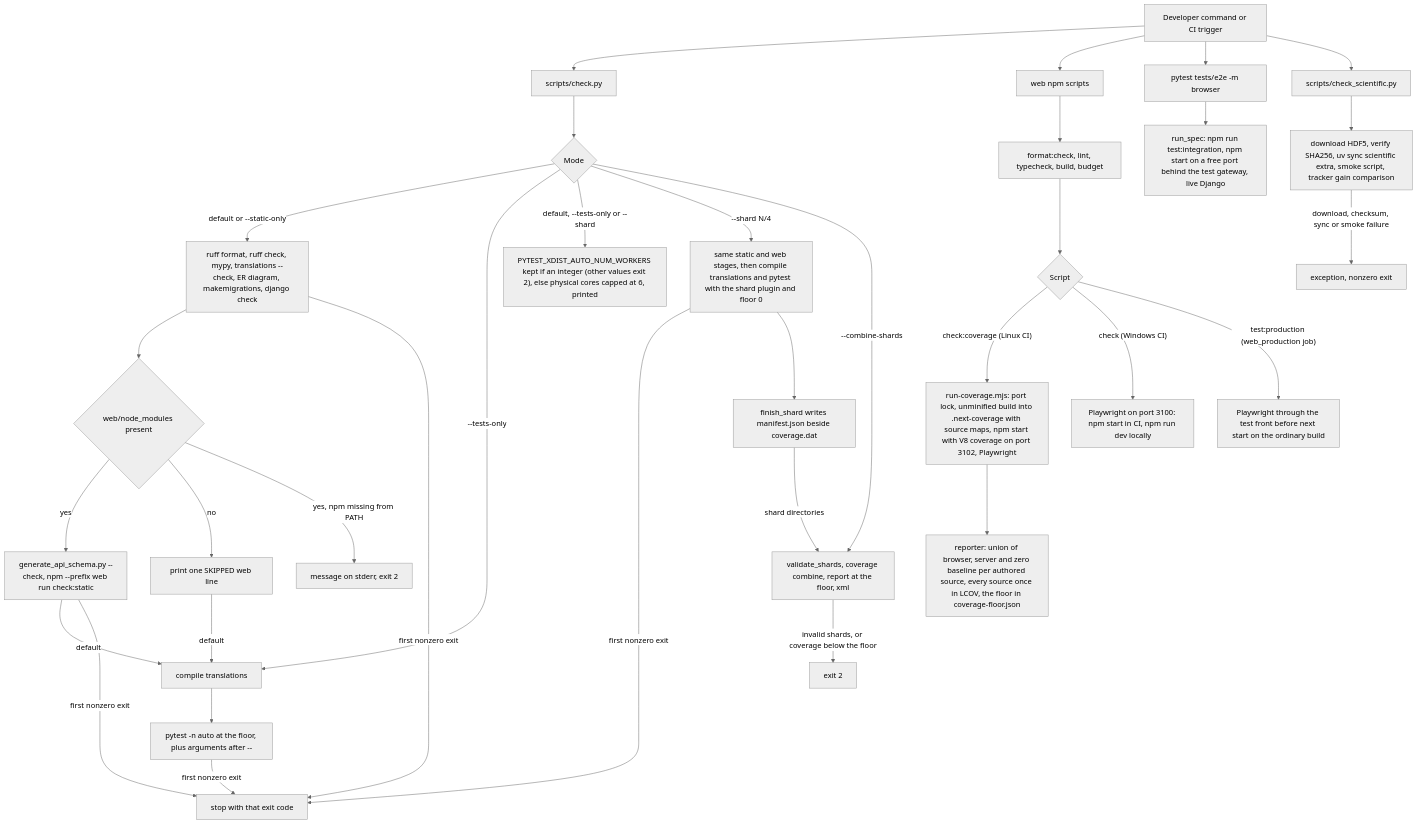
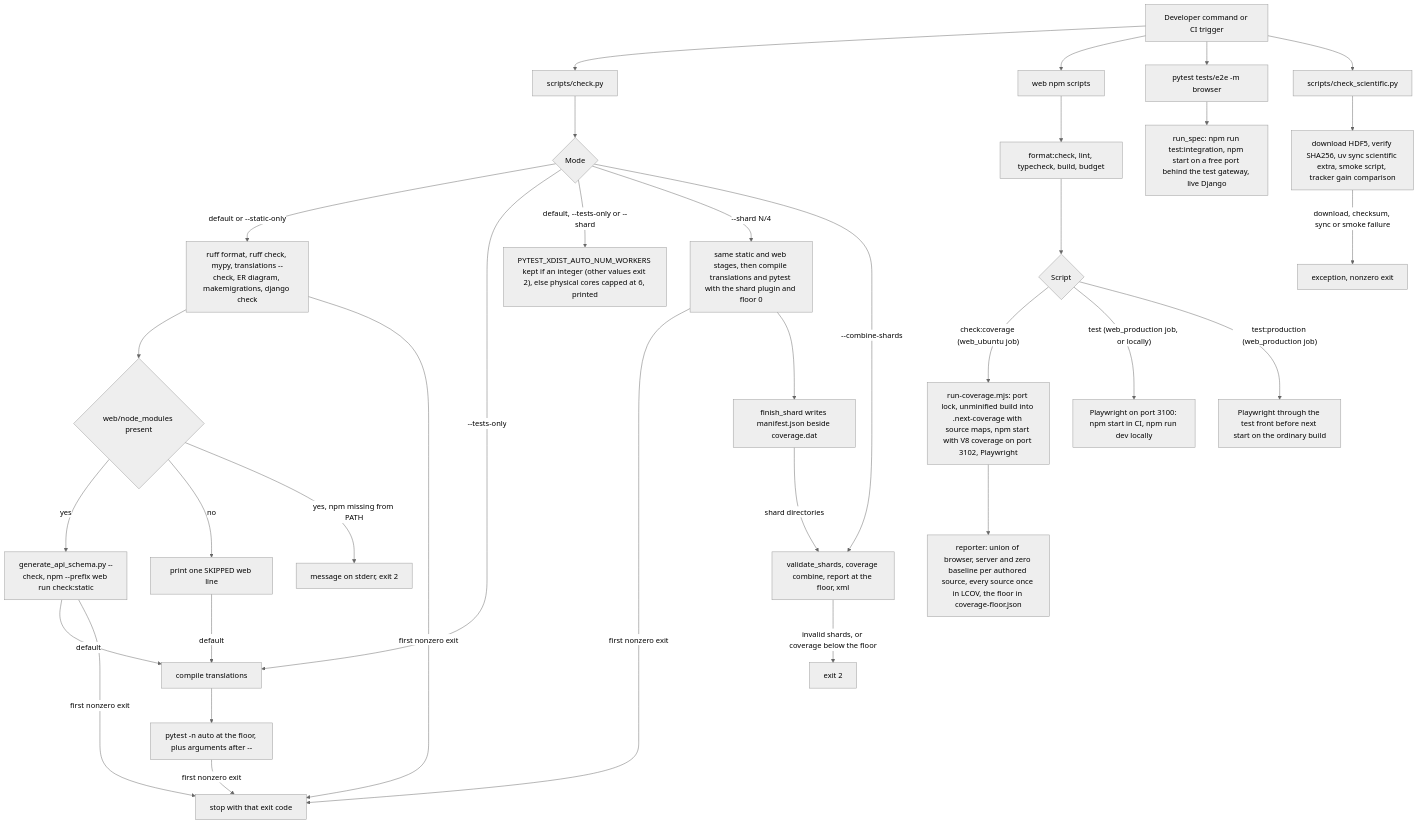
Before and after one commit to erkurtharun/pyracast: the diagram in docs/flows/developer-quality-gate.md, drawn with Mermaid (neutral theme). The commit also changed other lines of this file and 1 other file, not shown here.

First line of the commit message:
Describe the CI as running on Ubuntu with the mocked suite on the shipped build

````diff
--- a/docs/flows/developer-quality-gate.md
+++ b/docs/flows/developer-quality-gate.md
@@ -16,36 +16,36 @@
 ```mermaid
 flowchart TD
     trig["Developer command or CI trigger"] --> B["scripts/check.py"]
     trig --> W["web npm scripts"]
     trig --> BR["pytest tests/e2e -m browser"]
     trig --> S["scripts/check_scientific.py"]
     B --> M{"Mode"}
     M -->|"default or --static-only"| F["ruff format, ruff check, mypy, translations --check, ER diagram, makemigrations, django check"]
     F --> WS{"web/node_modules present"}
     WS -->|"yes"| WG["generate_api_schema.py --check, npm --prefix web run check:static"]
     WS -->|"no"| SK["print one SKIPPED web line"]
     WS -->|"yes, npm missing from PATH"| X3["message on stderr, exit 2"]
     WG -->|"default"| CT["compile translations"]
     SK -->|"default"| CT
     M -->|"--tests-only"| CT
     CT --> P["pytest -n auto at the floor, plus arguments after --"]
     M -->|"default, --tests-only or --shard"| N["PYTEST_XDIST_AUTO_NUM_WORKERS kept if an integer (other values exit 2), else physical cores capped at 6, printed"]
     M -->|"--shard N/4"| H["same static and web stages, then compile translations and pytest with the shard plugin and floor 0"]
     P -->|"first nonzero exit"| X
     M -->|"--combine-shards"| C["validate_shards, coverage combine, report at the floor, xml"]
     F -->|"first nonzero exit"| X["stop with that exit code"]
     WG -->|"first nonzero exit"| X
     H -->|"first nonzero exit"| X
     H --> K["finish_shard writes manifest.json beside coverage.dat"]
     K -->|"shard directories"| C
     C -->|"invalid shards, or coverage below the floor"| X2["exit 2"]
     W --> V["format:check, lint, typecheck, build, budget"]
     V --> R{"Script"}
-    R -->|"check:coverage (Linux CI)"| TC["run-coverage.mjs: port lock, unminified build into .next-coverage with source maps, npm start with V8 coverage on port 3102, Playwright"]
-    R -->|"check (Windows CI)"| TN["Playwright on port 3100: npm start in CI, npm run dev locally"]
+    R -->|"check:coverage (web_ubuntu job)"| TC["run-coverage.mjs: port lock, unminified build into .next-coverage with source maps, npm start with V8 coverage on port 3102, Playwright"]
+    R -->|"test (web_production job, or locally)"| TN["Playwright on port 3100: npm start in CI, npm run dev locally"]
     TC --> LC["reporter: union of browser, server and zero baseline per authored source, every source once in LCOV, the floor in coverage-floor.json"]
     R -->|"test:production (web_production job)"| TP["Playwright through the test front before next start on the ordinary build"]
     BR --> I["run_spec: npm run test:integration, npm start on a free port behind the test gateway, live Django"]
     S --> D["download HDF5, verify SHA256, uv sync scientific extra, smoke script, tracker gain comparison"]
     D -->|"download, checksum, sync or smoke failure"| E["exception, nonzero exit"]
 ```
````
